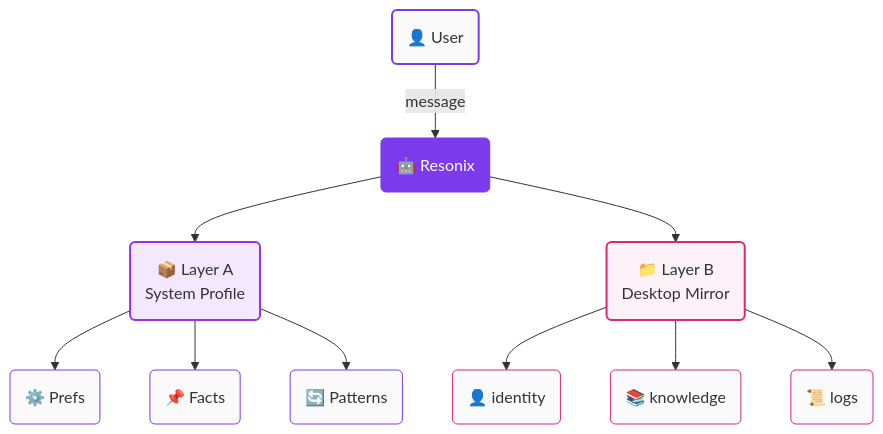
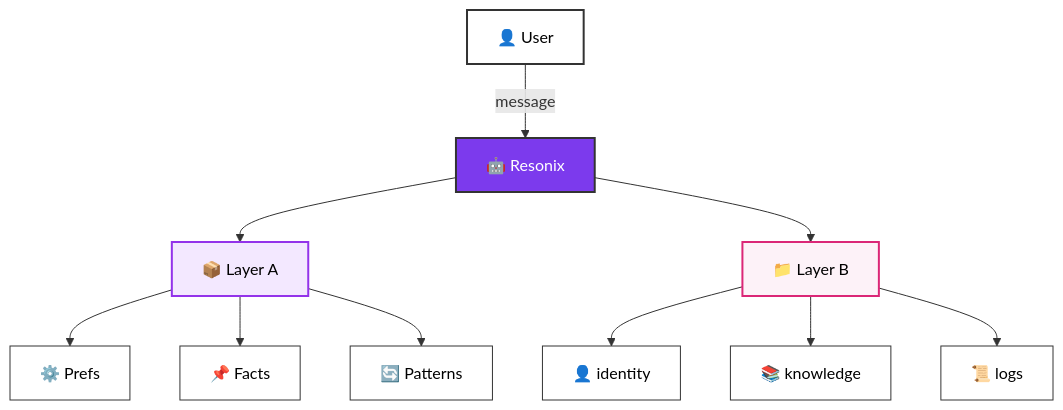
The first of 5 diagrams in README.md (mangiapanejohn-dev/Resonix-AG), drawn with Mermaid before and after one commit. The commit also changed other lines of this file, not shown here.

First line of the commit message:
docs: fix diagram text - black text on white background

````diff
--- a/README.md
+++ b/README.md
@@ -51,23 +51,23 @@
 ```mermaid
 flowchart TB
-    USER("👤 User") -->|"message"| BOT("🤖 Resonix")
-    BOT --> LAYERA("📦 Layer A<br/>System Profile")
-    BOT --> LAYERB("📁 Layer B<br/>Desktop Mirror")
-    LAYERA --> PREF("⚙️ Prefs")
-    LAYERA --> FACTS("📌 Facts")
-    LAYERA --> PAT("🔄 Patterns")
-    LAYERB --> ID("👤 identity")
-    LAYERB --> KNOW("📚 knowledge")
-    LAYERB --> LOGS("📜 logs")
+    USER["👤 User"] -->|"message"| BOT["🤖 Resonix"]
+    BOT --> LAYERA["📦 Layer A"]
+    BOT --> LAYERB["📁 Layer B"]
+    LAYERA --> PREF["⚙️ Prefs"]
+    LAYERA --> FACTS["📌 Facts"]
+    LAYERA --> PAT["🔄 Patterns"]
+    LAYERB --> ID["👤 identity"]
+    LAYERB --> KNOW["📚 knowledge"]
+    LAYERB --> LOGS["📜 logs"]
 
-    style USER fill:#fafafa,stroke:#7c3aed,stroke-width:2
-    style BOT fill:#7c3aed,stroke:#7c3aed,color:#fff
-    style LAYERA fill:#f3e8ff,stroke:#9333ea,stroke-width:2
-    style LAYERB fill:#fdf2f8,stroke:#db2777,stroke-width:2
-    style PREF fill:#fafafa,stroke:#7c3aed
-    style FACTS fill:#fafafa,stroke:#7c3aed
-    style PAT fill:#fafafa,stroke:#7c3aed
-    style ID fill:#fafafa,stroke:#db2777
-    style KNOW fill:#fafafa,stroke:#db2777
-    style LOGS fill:#fafafa,stroke:#db2777
+    style USER fill:#fff,stroke:#333,stroke-width:2,color:#000
+    style BOT fill:#7c3aed,stroke:#333,stroke-width:2,color:#fff
+    style LAYERA fill:#f3e8ff,stroke:#9333ea,stroke-width:2,color:#000
+    style LAYERB fill:#fdf2f8,stroke:#db2777,stroke-width:2,color:#000
+    style PREF fill:#fff,stroke:#333,stroke-width:1,color:#000
+    style FACTS fill:#fff,stroke:#333,stroke-width:1,color:#000
+    style PAT fill:#fff,stroke:#333,stroke-width:1,color:#000
+    style ID fill:#fff,stroke:#333,stroke-width:1,color:#000
+    style KNOW fill:#fff,stroke:#333,stroke-width:1,color:#000
+    style LOGS fill:#fff,stroke:#333,stroke-width:1,color:#000
 ```
````
